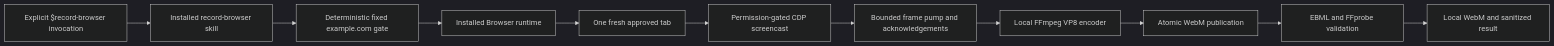
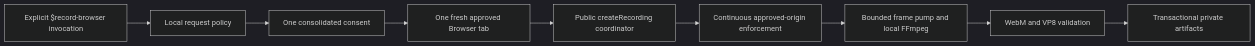
Before and after one commit to flsteven87/codex-browser-recorder: the diagram in README.md, drawn with Mermaid (dark theme). The commit also changed other lines of this file and 5 other files, not shown here.

Commit message:
docs: complete public recorder runtime gate

````diff
--- a/README.md
+++ b/README.md
@@ -136,13 +144,11 @@
 ```mermaid
 flowchart LR
-    U["Explicit $record-browser invocation"] --> S["Installed record-browser skill"]
-    S --> G["Deterministic fixed example.com gate"]
-    G --> B["Installed Browser runtime"]
-    B --> T["One fresh approved tab"]
-    T --> C["Permission-gated CDP screencast"]
-    C --> P["Bounded frame pump and acknowledgements"]
-    P --> F["Local FFmpeg VP8 encoder"]
-    F --> A["Atomic WebM publication"]
-    A --> V["EBML and FFprobe validation"]
-    V --> R["Local WebM and sanitized result"]
+    U["Explicit $record-browser invocation"] --> P["Local request policy"]
+    P --> C["One consolidated consent"]
+    C --> B["One fresh approved Browser tab"]
+    B --> R["Public createRecording coordinator"]
+    R --> O["Continuous approved-origin enforcement"]
+    O --> F["Bounded frame pump and local FFmpeg"]
+    F --> V["WebM and VP8 validation"]
+    V --> A["Transactional private artifacts"]
 ```
````
